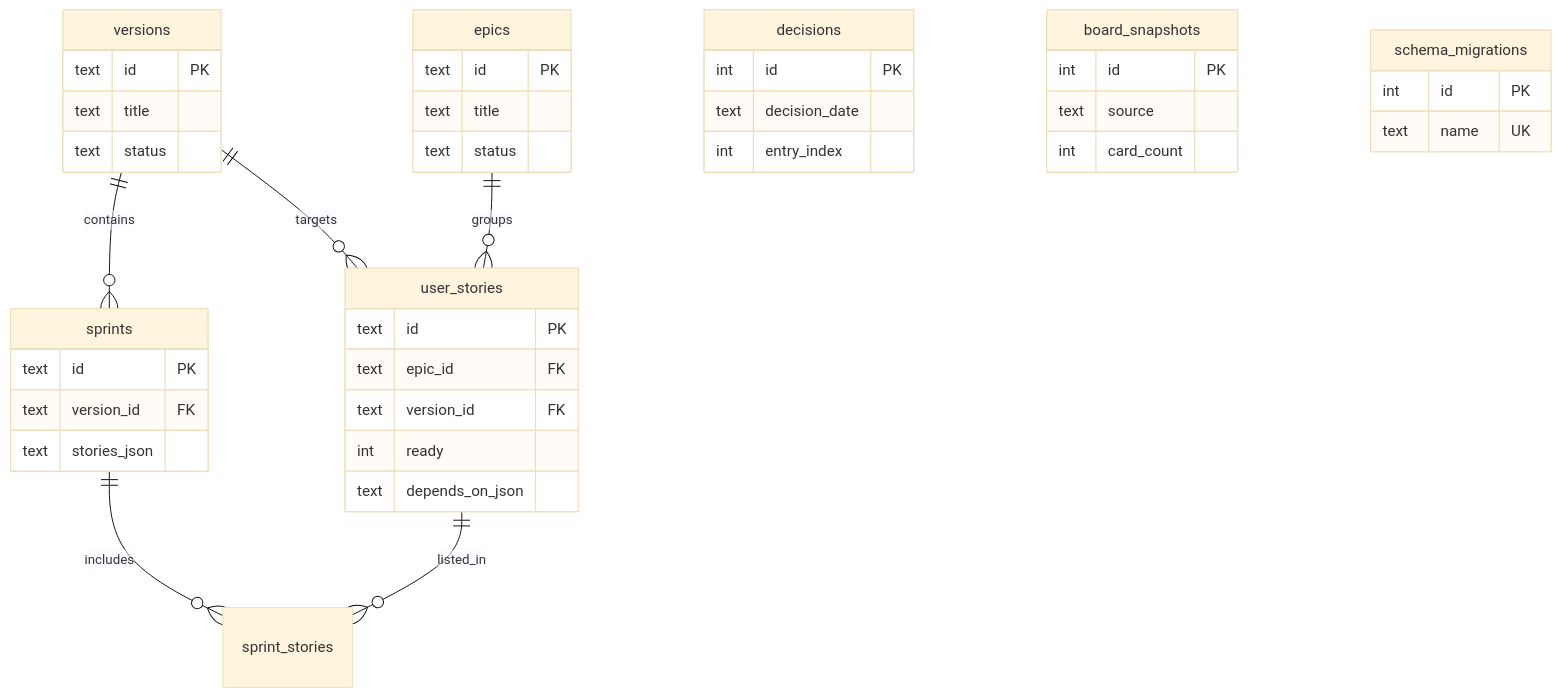
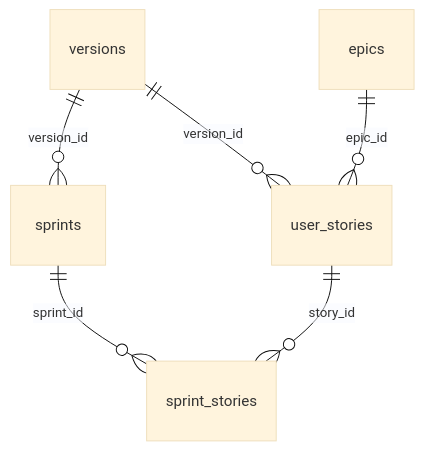
Before and after one commit to colabcolibri/meridian: the diagram in docs/06_database.md, drawn with Mermaid (base theme). The commit also changed other lines of this file and 213 other files, not shown here.

````diff
--- a/docs/06_database.md
+++ b/docs/06_database.md
@@ -29,45 +29,8 @@
 ```mermaid
 erDiagram
-  versions ||--o{ sprints : contains
-  versions ||--o{ user_stories : targets
-  epics ||--o{ user_stories : groups
-  sprints ||--o{ sprint_stories : includes
-  user_stories ||--o{ sprint_stories : listed_in
-
-  versions {
-    text id PK
-    text title
-    text status
-  }
-  epics {
-    text id PK
-    text title
-    text status
-  }
-  sprints {
-    text id PK
-    text version_id FK
-    text stories_json
-  }
-  user_stories {
-    text id PK
-    text epic_id FK
-    text version_id FK
-    int ready
-    text depends_on_json
-  }
-  decisions {
-    int id PK
-    text decision_date
-    int entry_index
-  }
-  board_snapshots {
-    int id PK
-    text source
-    int card_count
-  }
-  schema_migrations {
-    int id PK
-    text name UK
-  }
+  versions ||--o{ sprints : version_id
+  versions ||--o{ user_stories : version_id
+  epics ||--o{ user_stories : epic_id
+  sprints ||--o{ sprint_stories : sprint_id
+  user_stories ||--o{ sprint_stories : story_id
 ```
````
